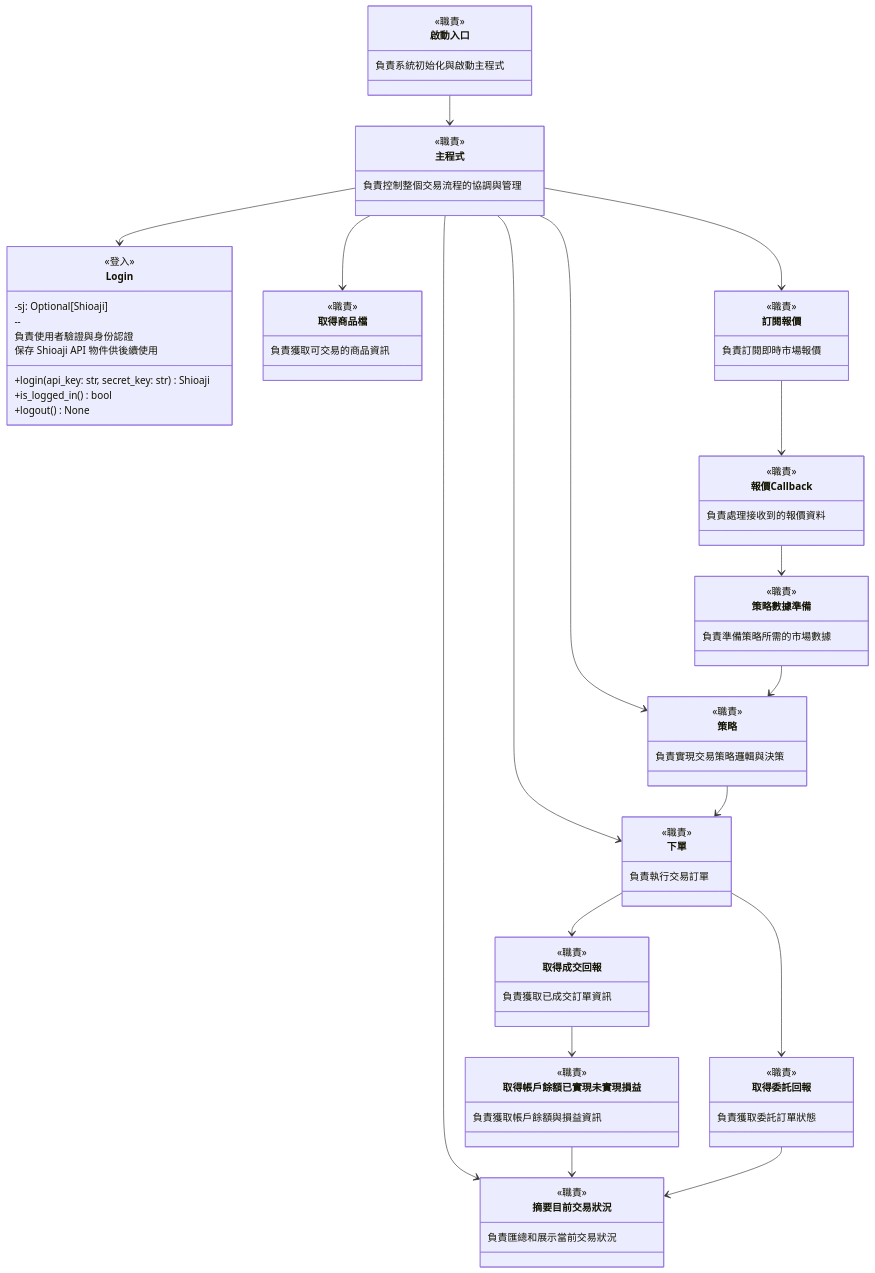
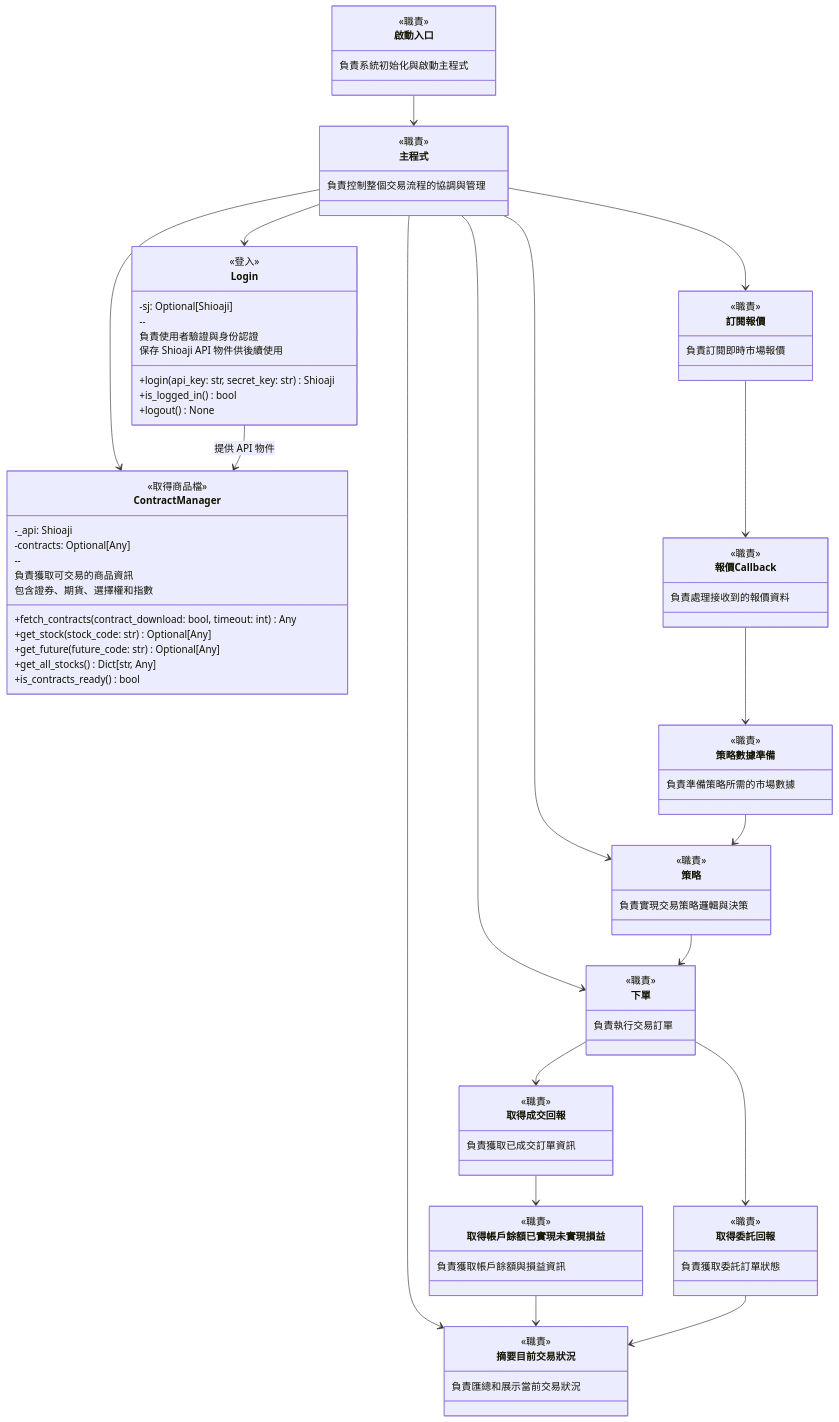
Before and after one commit to wu02067602/sample-trading: the diagram in 類別圖.md, drawn with Mermaid. The commit also changed other lines of this file and 1 other file, not shown here.

Commit message:
Refactor: Introduce ContractManager class for fetching contracts

```diff
--- a/類別圖.md
+++ b/類別圖.md
@@ -29,9 +29,18 @@
         保存 Shioaji API 物件供後續使用
     }
     
-    class 取得商品檔 {
-        <<職責>>
+    class ContractManager {
+        <<取得商品檔>>
+        -_api: Shioaji
+        -contracts: Optional[Any]
+        +fetch_contracts(contract_download: bool, timeout: int) Any
+        +get_stock(stock_code: str) Optional[Any]
+        +get_future(future_code: str) Optional[Any]
+        +get_all_stocks() Dict[str, Any]
+        +is_contracts_ready() bool
+        --
         負責獲取可交易的商品資訊
+        包含證券、期貨、選擇權和指數
     }
     
     class 訂閱報價 {
@@ -84,11 +93,14 @@
     
     %% 主程式協調各個模組
     主程式 --> Login
-    主程式 --> 取得商品檔
+    主程式 --> ContractManager
     主程式 --> 訂閱報價
     主程式 --> 策略
     主程式 --> 下單
     主程式 --> 摘要目前交易狀況
+    
+    %% Login 與 ContractManager 的依賴關係
+    Login --> ContractManager : 提供 API 物件
     
     %% 報價處理流程
     訂閱報價 --> 報價Callback
```
